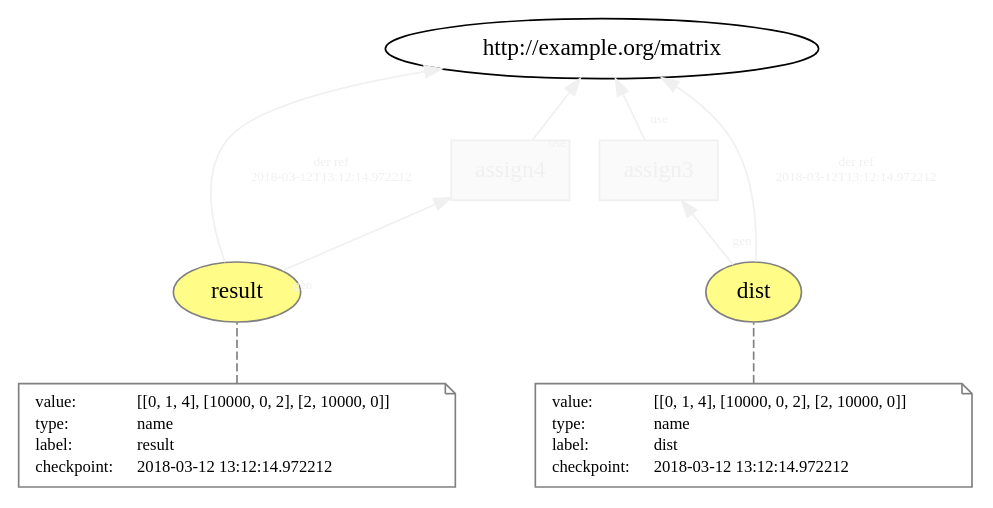
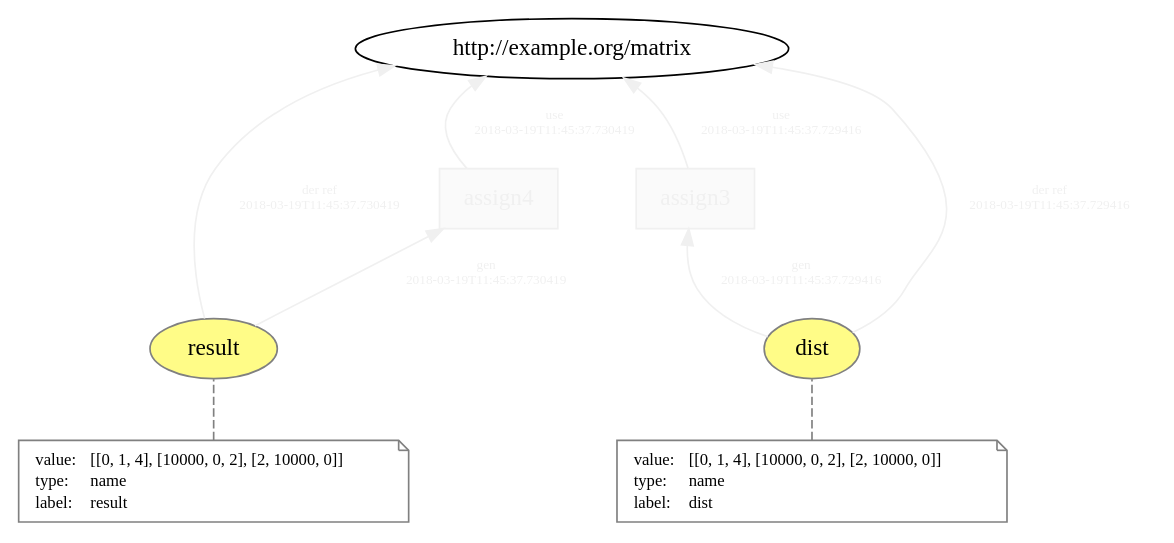
Before and after one commit to dew-uff/versioned-prov: the diagram in generated/versioned_prov/temp/L4__assign.dot, drawn with Graphviz. The commit also changed 619 other files, not shown here.

```diff
--- a/generated/versioned_prov/temp/L4__assign.dot
+++ b/generated/versioned_prov/temp/L4__assign.dot
@@ -1,52 +1,48 @@
 digraph "PROV" { size="16,12"; rankdir="BT";
 "http://example.org/dist" [fillcolor="#FFFC87",color="#808080",style="filled",label="dist",URL="http://example.org/dist"]
 "-attrs0" [color="gray",shape="note",fontsize="10",fontcolor="black",label=<<TABLE cellpadding="0" border="0">
 	<TR>
 	    <TD align="left">value:</TD>
 	    <TD align="left">[[0, 1, 4], [10000, 0, 2], [2, 10000, 0]]</TD>
 	</TR>
 	<TR>
 	    <TD align="left">type:</TD>
 	    <TD align="left">name</TD>
 	</TR>
 	<TR>
 	    <TD align="left">label:</TD>
 	    <TD align="left">dist</TD>
 	</TR>
-	<TR>
-	    <TD align="left">checkpoint:</TD>
-	    <TD align="left">2018-03-12 13:12:14.972212</TD>
-	</TR>
 </TABLE>>]
 "-attrs0" -> "http://example.org/dist" [color="gray",style="dashed",arrowhead="none"]
 "http://example.org/assign3" [fillcolor="#FAFAFA",color="#F0F0F0",shape="polygon",sides="4",style="filled",fontcolor="#F0F0F0",label="assign3",URL="http://example.org/assign3"]
 "http://example.org/dist" -> "http://example.org/matrix" [fontsize="8",distance="1.5",angle="60.0",rotation="20",label="der ref
-2018-03-12T13:12:14.972212",fontcolor="#F0F0F0",color="#F0F0F0"]
+2018-03-19T11:45:37.729416",fontcolor="#F0F0F0",color="#F0F0F0"]
 "http://example.org/result" [fillcolor="#FFFC87",color="#808080",style="filled",label="result",URL="http://example.org/result"]
 "-attrs1" [color="gray",shape="note",fontsize="10",fontcolor="black",label=<<TABLE cellpadding="0" border="0">
 	<TR>
 	    <TD align="left">value:</TD>
 	    <TD align="left">[[0, 1, 4], [10000, 0, 2], [2, 10000, 0]]</TD>
 	</TR>
 	<TR>
 	    <TD align="left">type:</TD>
 	    <TD align="left">name</TD>
 	</TR>
 	<TR>
 	    <TD align="left">label:</TD>
 	    <TD align="left">result</TD>
 	</TR>
-	<TR>
-	    <TD align="left">checkpoint:</TD>
-	    <TD align="left">2018-03-12 13:12:14.972212</TD>
-	</TR>
 </TABLE>>]
 "-attrs1" -> "http://example.org/result" [color="gray",style="dashed",arrowhead="none"]
 "http://example.org/assign4" [fillcolor="#FAFAFA",color="#F0F0F0",shape="polygon",sides="4",style="filled",fontcolor="#F0F0F0",label="assign4",URL="http://example.org/assign4"]
 "http://example.org/result" -> "http://example.org/matrix" [fontsize="8",distance="1.5",angle="60.0",rotation="20",label="der ref
-2018-03-12T13:12:14.972212",fontcolor="#F0F0F0",color="#F0F0F0"]
-"http://example.org/assign4" -> "http://example.org/matrix" [labelfontsize="8",labeldistance="1.5",labelangle="60.0",rotation="20",taillabel="use",fontcolor="#F0F0F0",color="#F0F0F0"]
-"http://example.org/assign3" -> "http://example.org/matrix" [labelfontsize="8",labeldistance="1.5",labelangle="60.0",rotation="20",taillabel="use",fontcolor="#F0F0F0",color="#F0F0F0"]
-"http://example.org/result" -> "http://example.org/assign4" [labelfontsize="8",labeldistance="1.5",labelangle="60.0",rotation="20",taillabel="gen",fontcolor="#F0F0F0",color="#F0F0F0"]
-"http://example.org/dist" -> "http://example.org/assign3" [labelfontsize="8",labeldistance="1.5",labelangle="60.0",rotation="20",taillabel="gen",fontcolor="#F0F0F0",color="#F0F0F0"]
+2018-03-19T11:45:37.730419",fontcolor="#F0F0F0",color="#F0F0F0"]
+"http://example.org/assign4" -> "http://example.org/matrix" [fontsize="8",distance="1.5",angle="60.0",rotation="20",label="use
+2018-03-19T11:45:37.730419",fontcolor="#F0F0F0",color="#F0F0F0"]
+"http://example.org/assign3" -> "http://example.org/matrix" [fontsize="8",distance="1.5",angle="60.0",rotation="20",label="use
+2018-03-19T11:45:37.729416",fontcolor="#F0F0F0",color="#F0F0F0"]
+"http://example.org/result" -> "http://example.org/assign4" [fontsize="8",distance="1.5",angle="60.0",rotation="20",label="gen
+2018-03-19T11:45:37.730419",fontcolor="#F0F0F0",color="#F0F0F0"]
+"http://example.org/dist" -> "http://example.org/assign3" [fontsize="8",distance="1.5",angle="60.0",rotation="20",label="gen
+2018-03-19T11:45:37.729416",fontcolor="#F0F0F0",color="#F0F0F0"]
 }
```
